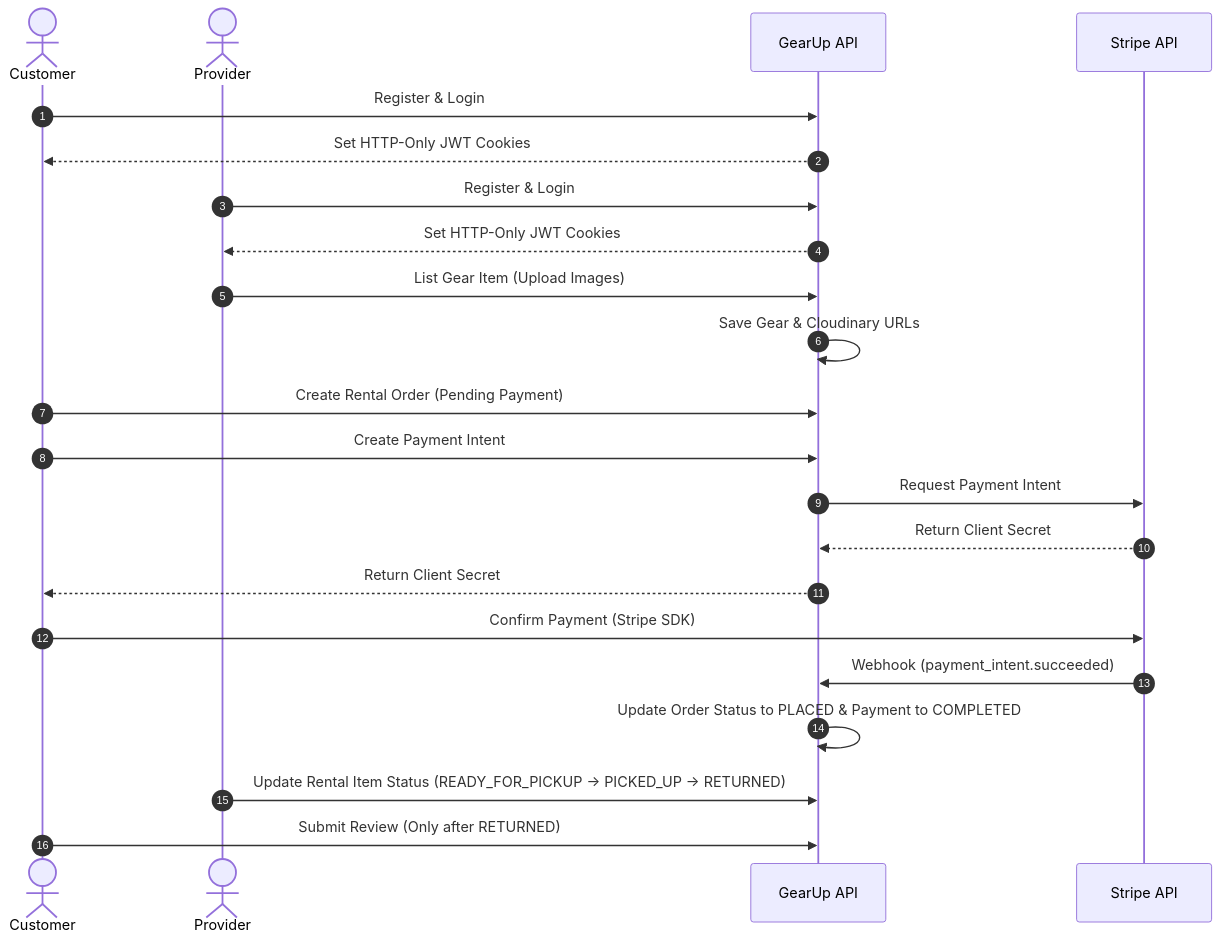
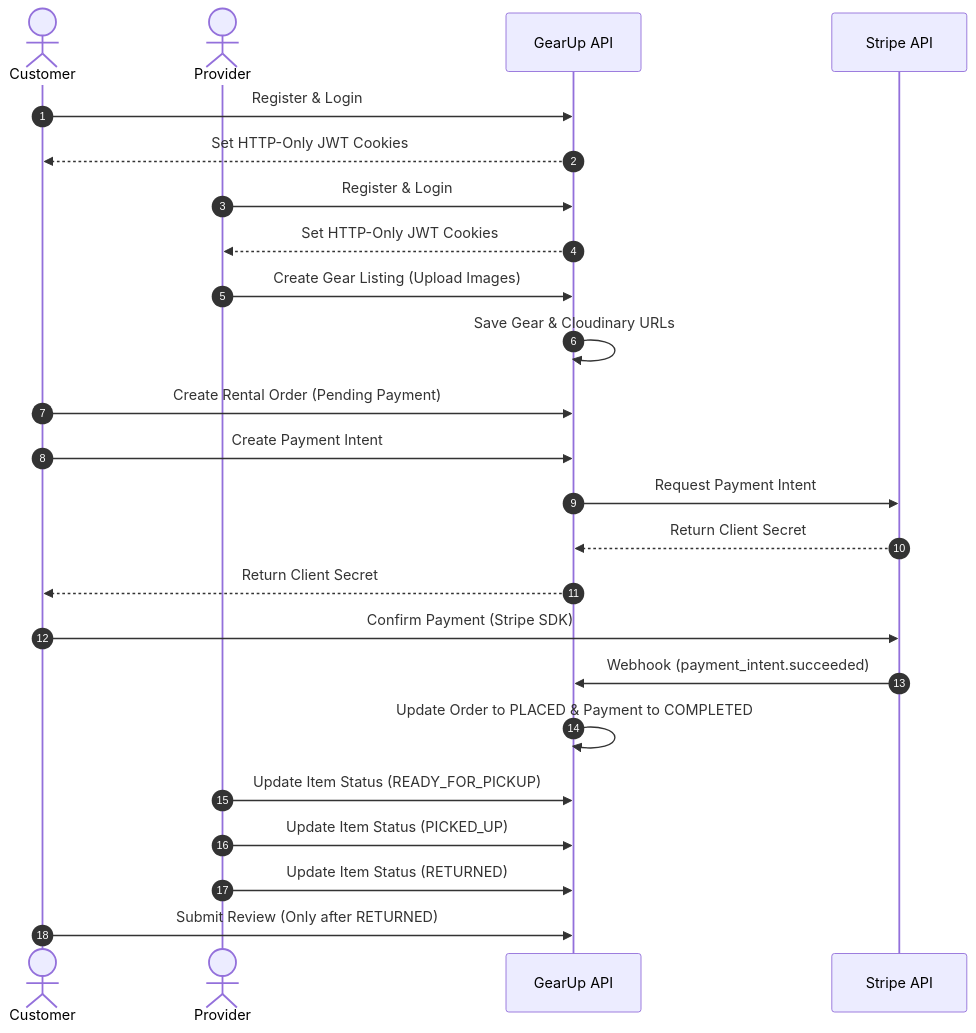
The third of 3 diagrams in README.md (Alaminahmedariyan/b7-assignment-5), drawn with Mermaid before and after one commit. The commit also changed other lines of this file and 3 other files, not shown here.

````diff
--- a/README.md
+++ b/README.md
@@ -267,25 +314,27 @@
 ```mermaid
 sequenceDiagram
     autonumber
     actor Customer
     actor Provider
     participant API as GearUp API
     participant Stripe as Stripe API
 
     Customer->>API: Register & Login
     API-->>Customer: Set HTTP-Only JWT Cookies
     Provider->>API: Register & Login
     API-->>Provider: Set HTTP-Only JWT Cookies
-    Provider->>API: List Gear Item (Upload Images)
+    Provider->>API: Create Gear Listing (Upload Images)
     API->>API: Save Gear & Cloudinary URLs
     Customer->>API: Create Rental Order (Pending Payment)
     Customer->>API: Create Payment Intent
     API->>Stripe: Request Payment Intent
     Stripe-->>API: Return Client Secret
     API-->>Customer: Return Client Secret
     Customer->>Stripe: Confirm Payment (Stripe SDK)
     Stripe->>API: Webhook (payment_intent.succeeded)
-    API->>API: Update Order Status to PLACED & Payment to COMPLETED
-    Provider->>API: Update Rental Item Status (READY_FOR_PICKUP -> PICKED_UP -> RETURNED)
+    API->>API: Update Order to PLACED & Payment to COMPLETED
+    Provider->>API: Update Item Status (READY_FOR_PICKUP)
+    Provider->>API: Update Item Status (PICKED_UP)
+    Provider->>API: Update Item Status (RETURNED)
     Customer->>API: Submit Review (Only after RETURNED)
 ```
````
